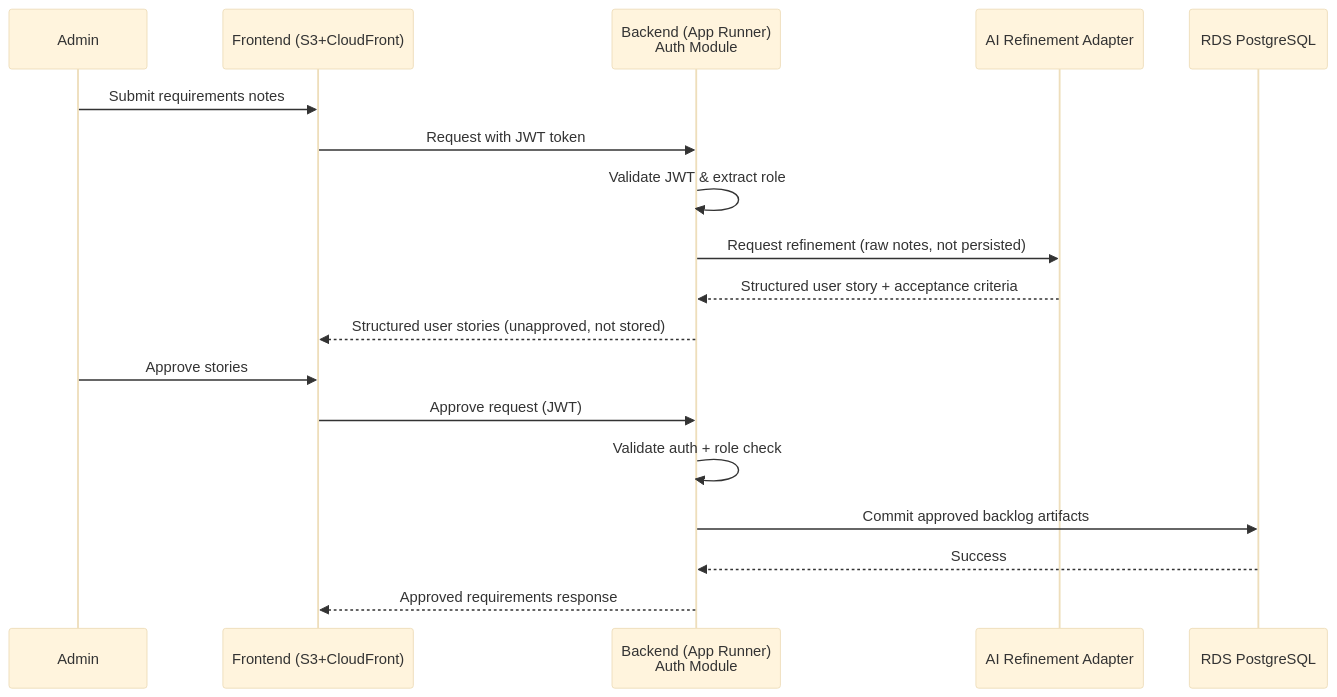
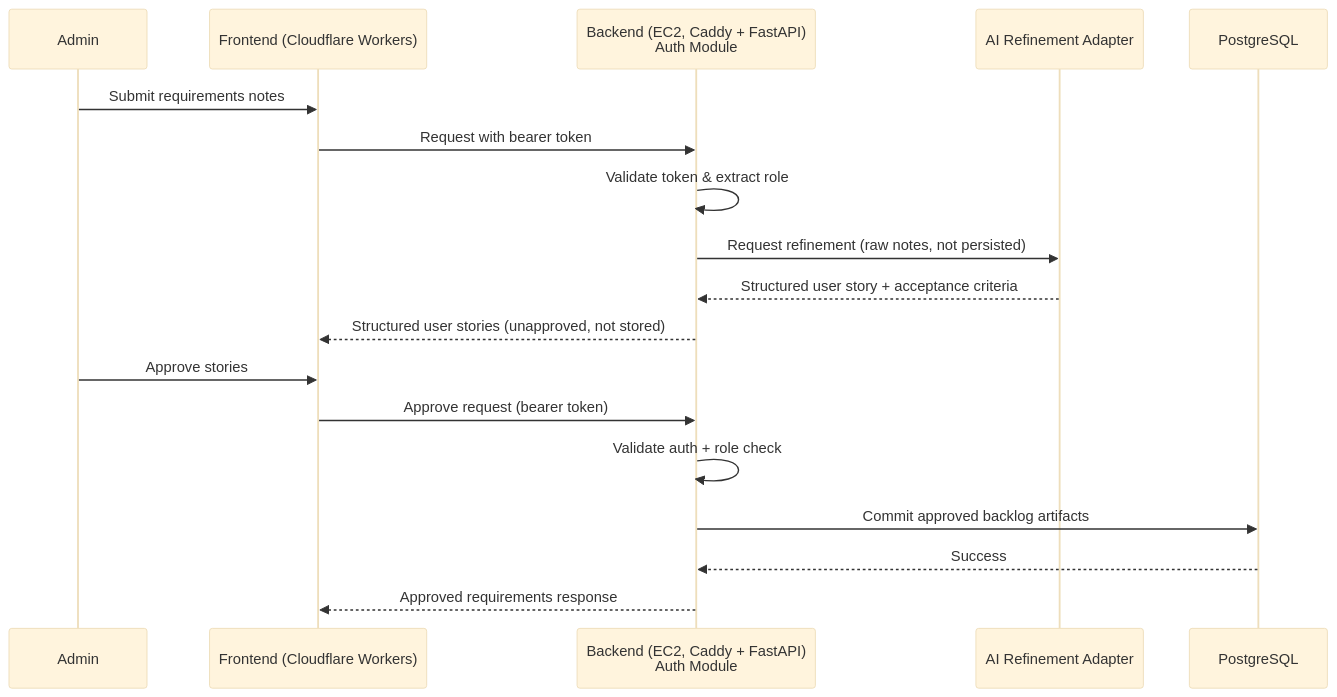
One commit to alonsovndev/open-projects-hub-docs changed the second of 2 diagrams in docs/03-architecture/core/architecture-solution-design.md. Above: the diagram before and after it, drawn with Mermaid (base theme). The commit also changed other lines of this file and 14 other files, not shown here.

First line of the commit message:
docs(architecture): describe the deployed Cloudflare and EC2 stack

````diff
--- a/docs/03-architecture/core/architecture-solution-design.md
+++ b/docs/03-architecture/core/architecture-solution-design.md
@@ -85,21 +81,21 @@
 ```mermaid
 sequenceDiagram
     participant User as Admin
-    participant FE as Frontend (S3+CloudFront)
-    participant BE as Backend (App Runner)<br/>Auth Module
+    participant FE as Frontend (Cloudflare Workers)
+    participant BE as Backend (EC2, Caddy + FastAPI)<br/>Auth Module
     participant AI as AI Refinement Adapter
-    participant DB as RDS PostgreSQL
+    participant DB as PostgreSQL
 
     User->>FE: Submit requirements notes
-    FE->>BE: Request with JWT token
-    BE->>BE: Validate JWT & extract role
+    FE->>BE: Request with bearer token
+    BE->>BE: Validate token & extract role
     BE->>AI: Request refinement (raw notes, not persisted)
     AI-->>BE: Structured user story + acceptance criteria
     BE-->>FE: Structured user stories (unapproved, not stored)
     User->>FE: Approve stories
-    FE->>BE: Approve request (JWT)
+    FE->>BE: Approve request (bearer token)
     BE->>BE: Validate auth + role check
     BE->>DB: Commit approved backlog artifacts
     DB-->>BE: Success
     BE-->>FE: Approved requirements response
 ```
````
